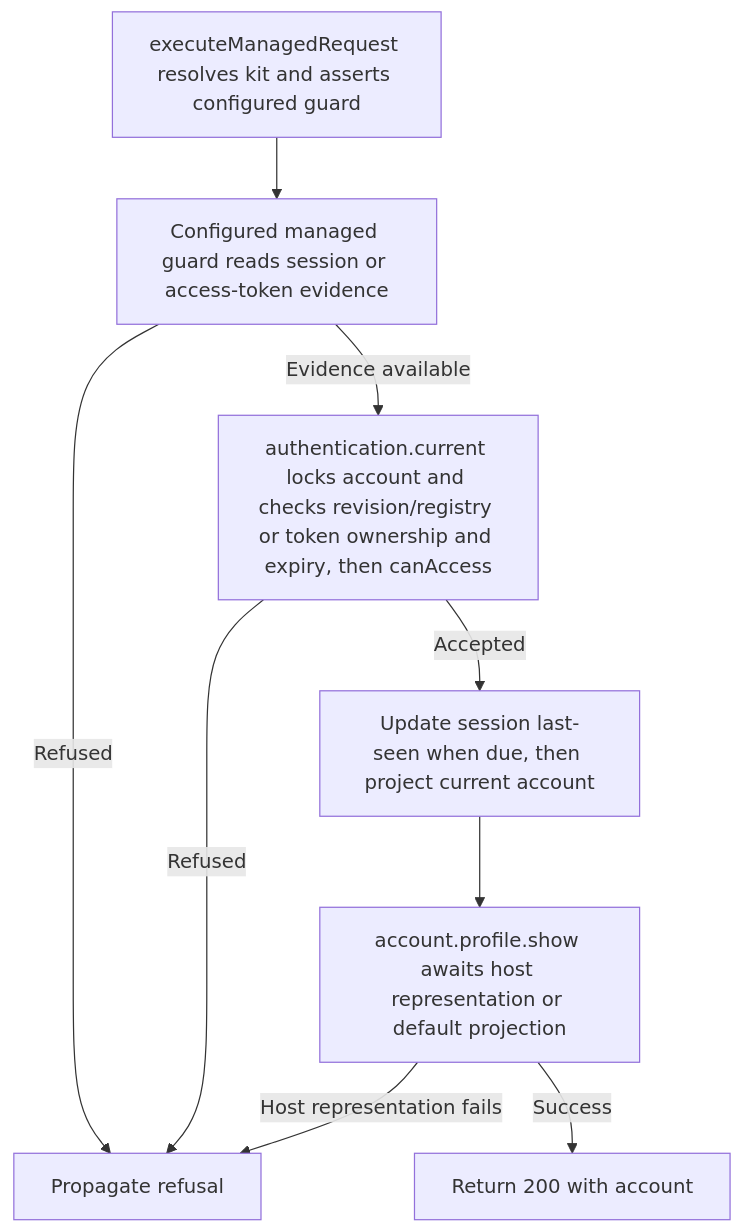
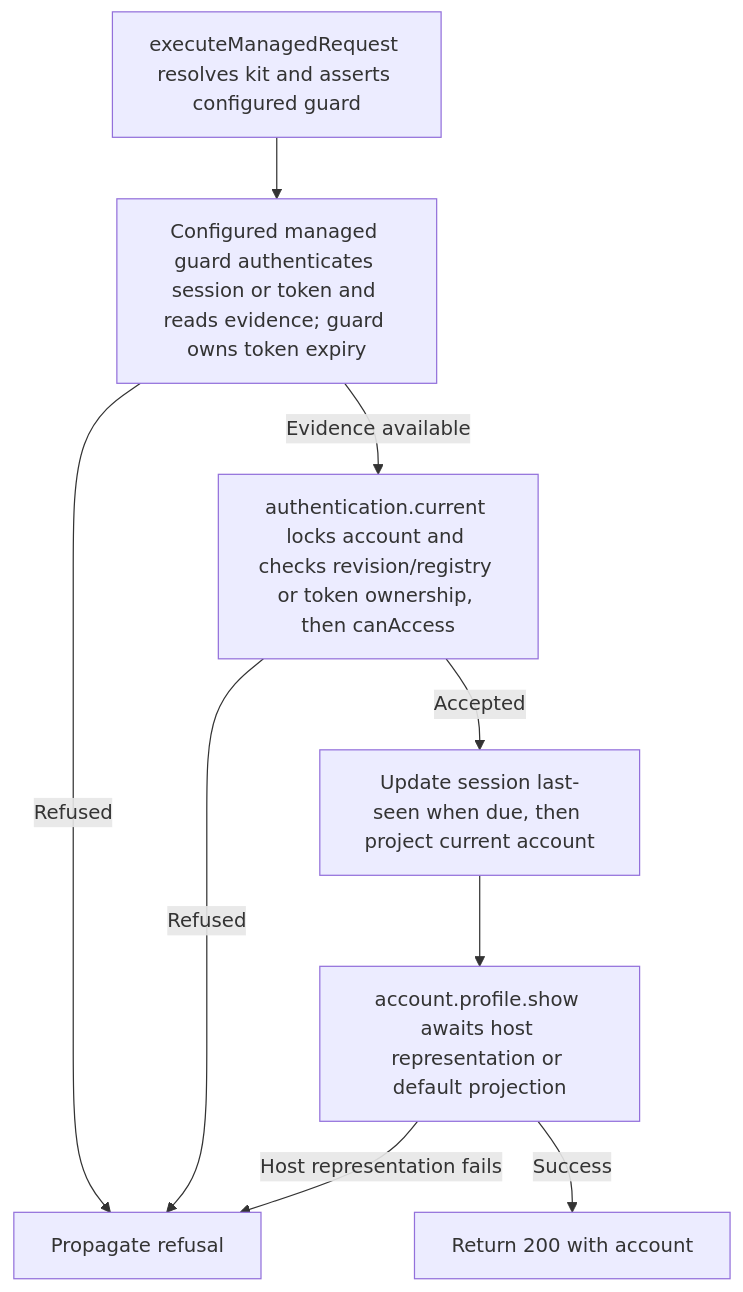
One commit to Kevinjohn/oss-adonisjs-account-kit changed the second of 2 diagrams in user-stories/US-ACCOUNT-62-read-managed-profile.md. Above: the diagram before and after it, drawn with Mermaid. The commit also changed other lines of this file and 42 other files, not shown here.

````diff
--- a/user-stories/US-ACCOUNT-62-read-managed-profile.md
+++ b/user-stories/US-ACCOUNT-62-read-managed-profile.md
@@ -34,11 +34,11 @@
 ```mermaid
 flowchart TD
-  A["executeManagedRequest resolves kit and asserts configured guard"] --> B["Configured managed guard reads session or access-token evidence"]
+  A["executeManagedRequest resolves kit and asserts configured guard"] --> B["Configured managed guard authenticates session or token and reads evidence; guard owns token expiry"]
   B -->|Refused| D["Propagate refusal"]
-  B -->|Evidence available| E["authentication.current locks account and checks revision/registry or token ownership and expiry, then canAccess"]
+  B -->|Evidence available| E["authentication.current locks account and checks revision/registry or token ownership, then canAccess"]
   E -->|Refused| D
   E -->|Accepted| F["Update session last-seen when due, then project current account"]
   F --> G["account.profile.show awaits host representation or default projection"]
   G -->|Success| H["Return 200 with account"]
   G -->|Host representation fails| D
 ```
````
